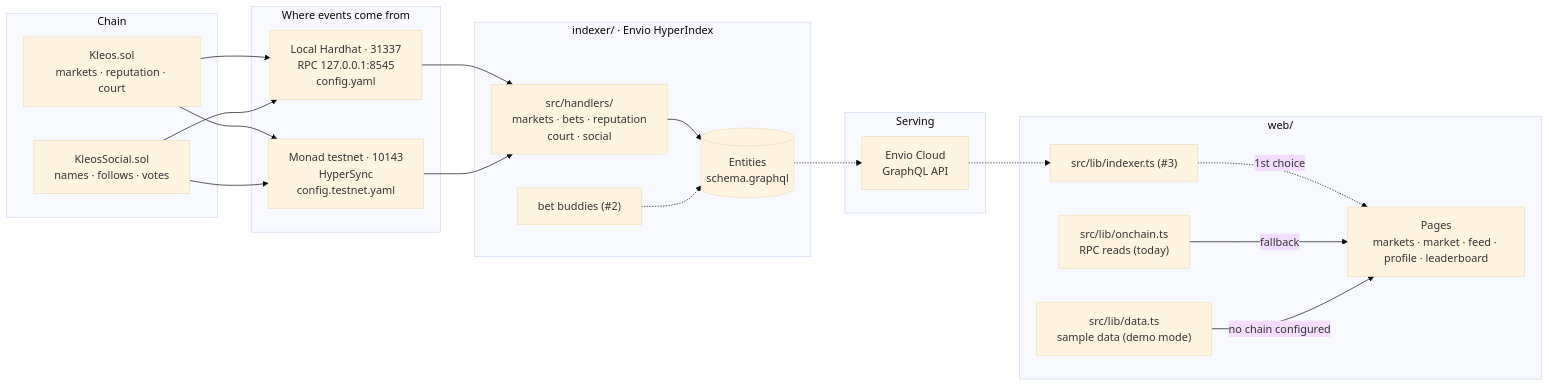
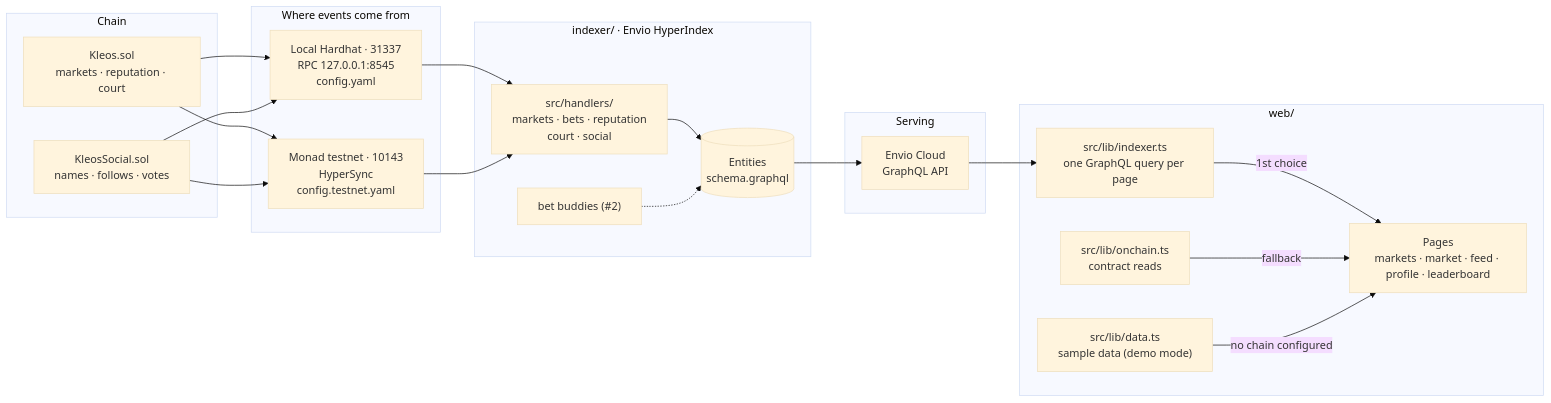
The first of 10 diagrams in indexer/ARCHITECTURE.md (kleos-predictions/kleos), drawn with Mermaid (base theme) before and after one commit.

Commit message:
ARCHITECTURE: the web client and its indexer reads are built

````diff
--- a/indexer/ARCHITECTURE.md
+++ b/indexer/ARCHITECTURE.md
@@ -7,42 +7,42 @@
 ```mermaid
 flowchart LR
   subgraph chain["Chain"]
     kleos["Kleos.sol<br/>markets · reputation · court"]
     social["KleosSocial.sol<br/>names · follows · votes"]
   end
 
   subgraph sources["Where events come from"]
     local["Local Hardhat · 31337<br/>RPC 127.0.0.1:8545<br/>config.yaml"]
     testnet["Monad testnet · 10143<br/>HyperSync<br/>config.testnet.yaml"]
   end
 
   subgraph envio["indexer/ · Envio HyperIndex"]
     handlers["src/handlers/<br/>markets · bets · reputation<br/>court · social"]
     planned["bet buddies (#2)"]
     store[("Entities<br/>schema.graphql")]
   end
 
   subgraph serve["Serving"]
     cloud["Envio Cloud<br/>GraphQL API"]
   end
 
   subgraph web["web/"]
-    client["src/lib/indexer.ts (#3)"]
-    onchain["src/lib/onchain.ts<br/>RPC reads (today)"]
+    client["src/lib/indexer.ts<br/>one GraphQL query per page"]
+    onchain["src/lib/onchain.ts<br/>contract reads"]
     sample["src/lib/data.ts<br/>sample data (demo mode)"]
     pages["Pages<br/>markets · market · feed · profile · leaderboard"]
   end
 
   kleos --> local
   kleos --> testnet
   social --> local
   social --> testnet
   local --> handlers
   testnet --> handlers
   handlers --> store
   planned -.-> store
-  store -.-> cloud -.-> client
-  client -.->|"1st choice"| pages
+  store --> cloud --> client
+  client -->|"1st choice"| pages
   onchain -->|"fallback"| pages
   sample -->|"no chain configured"| pages
 ```
````
